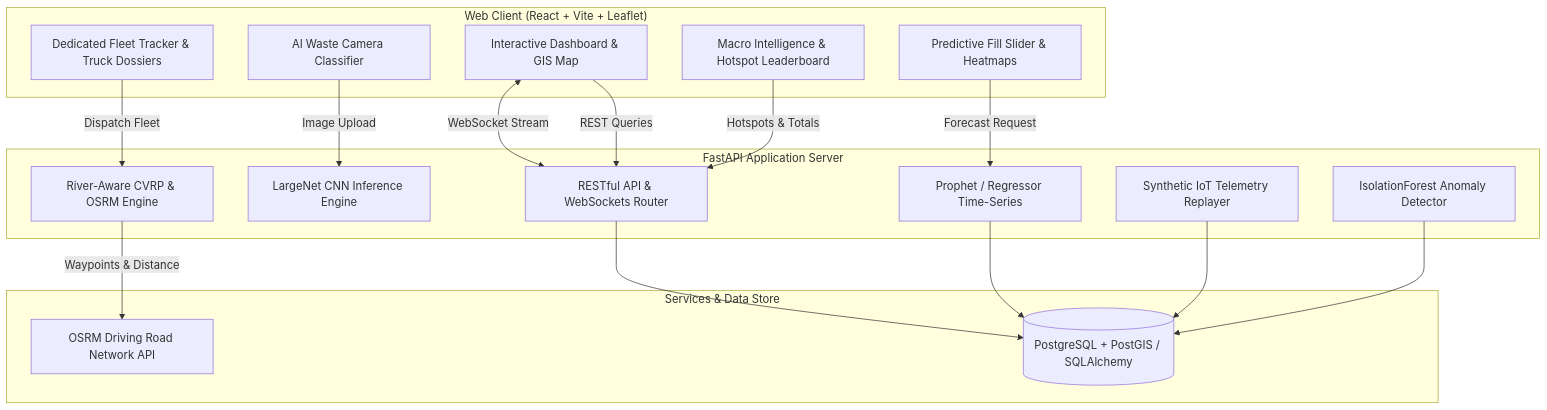
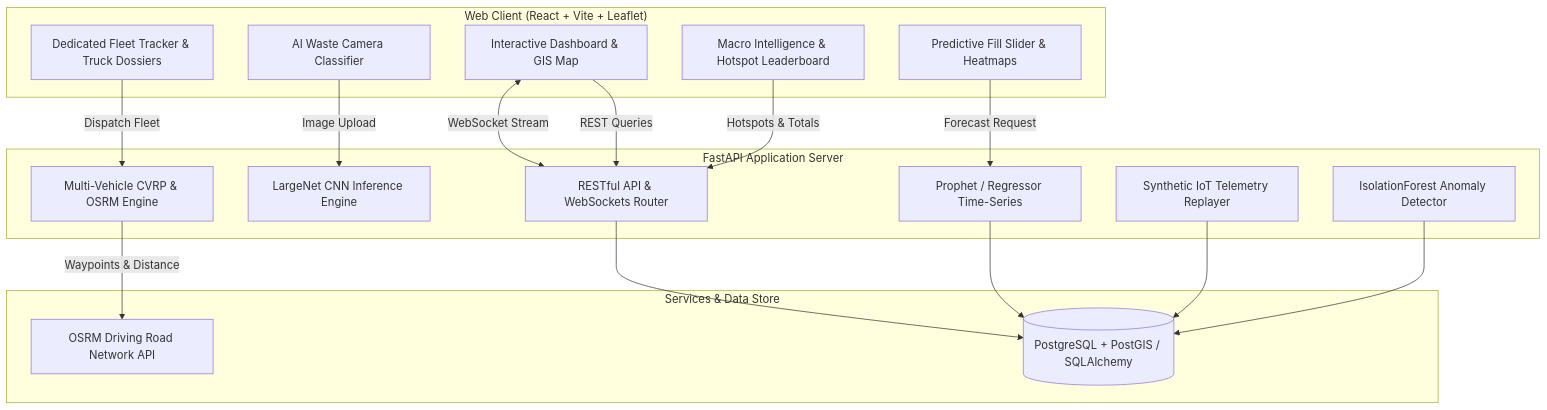
One commit to SalazarZ3U5/BitnBuild changed the first of 2 diagrams in README.md. Above: the diagram before and after it, drawn with Mermaid. The commit also changed other lines of this file and 11 other files, not shown here.

````diff
--- a/README.md
+++ b/README.md
@@ -80,36 +80,36 @@
 ```mermaid
 flowchart TD
     subgraph Client ["Web Client (React + Vite + Leaflet)"]
         UI[Interactive Dashboard & GIS Map]
         ClassifyUI[AI Waste Camera Classifier]
         HeatmapUI[Predictive Fill Slider & Heatmaps]
         FleetUI[Dedicated Fleet Tracker & Truck Dossiers]
         AnalyticsUI[Macro Intelligence & Hotspot Leaderboard]
     end
 
     subgraph Backend ["FastAPI Application Server"]
         API[RESTful API & WebSockets Router]
         Classifier[LargeNet CNN Inference Engine]
         Predictor[Prophet / Regressor Time-Series]
-        Optimizer[River-Aware CVRP & OSRM Engine]
+        Optimizer[Multi-Vehicle CVRP & OSRM Engine]
         Telemetry[Synthetic IoT Telemetry Replayer]
         Anomaly[IsolationForest Anomaly Detector]
     end
 
     subgraph External ["Services & Data Store"]
         OSRM[OSRM Driving Road Network API]
         DB[(PostgreSQL + PostGIS / SQLAlchemy)]
     end
 
     UI <-->|WebSocket Stream| API
     UI -->|REST Queries| API
     ClassifyUI -->|Image Upload| Classifier
     HeatmapUI -->|Forecast Request| Predictor
     FleetUI -->|Dispatch Fleet| Optimizer
     AnalyticsUI -->|Hotspots & Totals| API
     Optimizer -->|Waypoints & Distance| OSRM
     API --> DB
     Predictor --> DB
     Telemetry --> DB
     Anomaly --> DB
 ```
````
